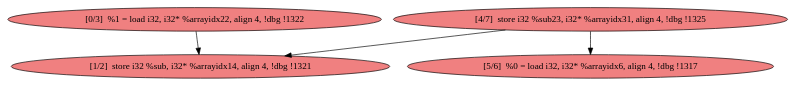
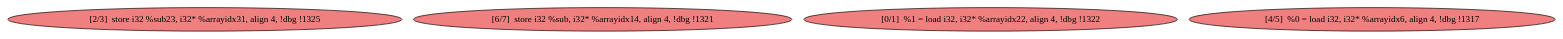
The diagram in playground/dot/debug/mdg/main.depth_1.loop_0.mdg.cg.dot.dot (harel-coffee/PParMetrics-auto), drawn with Graphviz before and after one commit. The commit also changed 901 other files, not shown here.

```diff
--- a/playground/dot/debug/mdg/main.depth_1.loop_0.mdg.cg.dot.dot
+++ b/playground/dot/debug/mdg/main.depth_1.loop_0.mdg.cg.dot.dot
@@ -1,15 +1,12 @@
 
 digraph G {
 
 
-node31 [fillcolor=lightcoral,label="[1/2]  store i32 %sub, i32* %arrayidx14, align 4, !dbg !1321",shape=ellipse,style=filled ]
-node30 [fillcolor=lightcoral,label="[4/7]  store i32 %sub23, i32* %arrayidx31, align 4, !dbg !1325",shape=ellipse,style=filled ]
-node28 [fillcolor=lightcoral,label="[0/3]  %1 = load i32, i32* %arrayidx22, align 4, !dbg !1322",shape=ellipse,style=filled ]
-node29 [fillcolor=lightcoral,label="[5/6]  %0 = load i32, i32* %arrayidx6, align 4, !dbg !1317",shape=ellipse,style=filled ]
+node31 [fillcolor=lightcoral,label="[2/3]  store i32 %sub23, i32* %arrayidx31, align 4, !dbg !1325",shape=ellipse,style=filled ]
+node30 [fillcolor=lightcoral,label="[6/7]  store i32 %sub, i32* %arrayidx14, align 4, !dbg !1321",shape=ellipse,style=filled ]
+node28 [fillcolor=lightcoral,label="[0/1]  %1 = load i32, i32* %arrayidx22, align 4, !dbg !1322",shape=ellipse,style=filled ]
+node29 [fillcolor=lightcoral,label="[4/5]  %0 = load i32, i32* %arrayidx6, align 4, !dbg !1317",shape=ellipse,style=filled ]
 
-node30->node31 [ ]
-node30->node29 [ ]
-node28->node31 [ ]
 
 
 }
```
